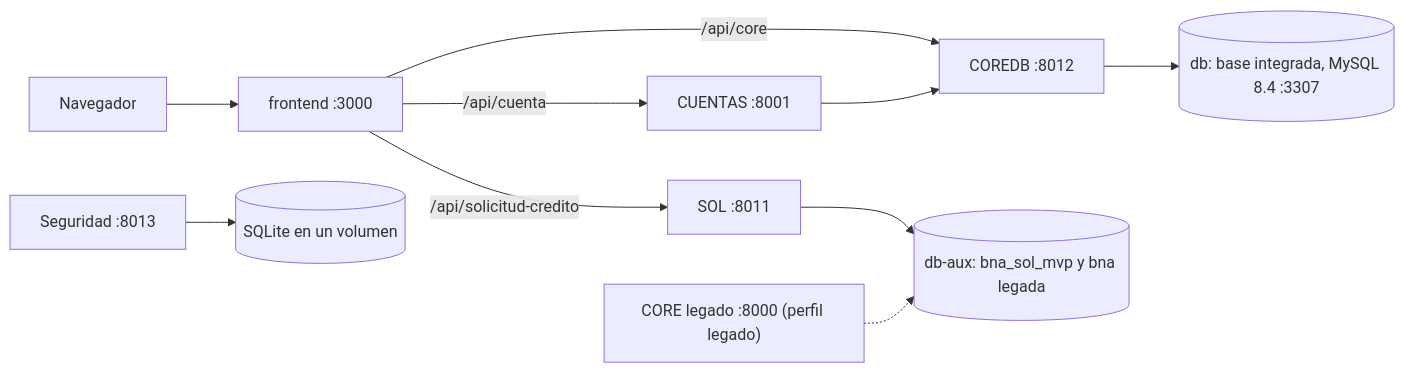
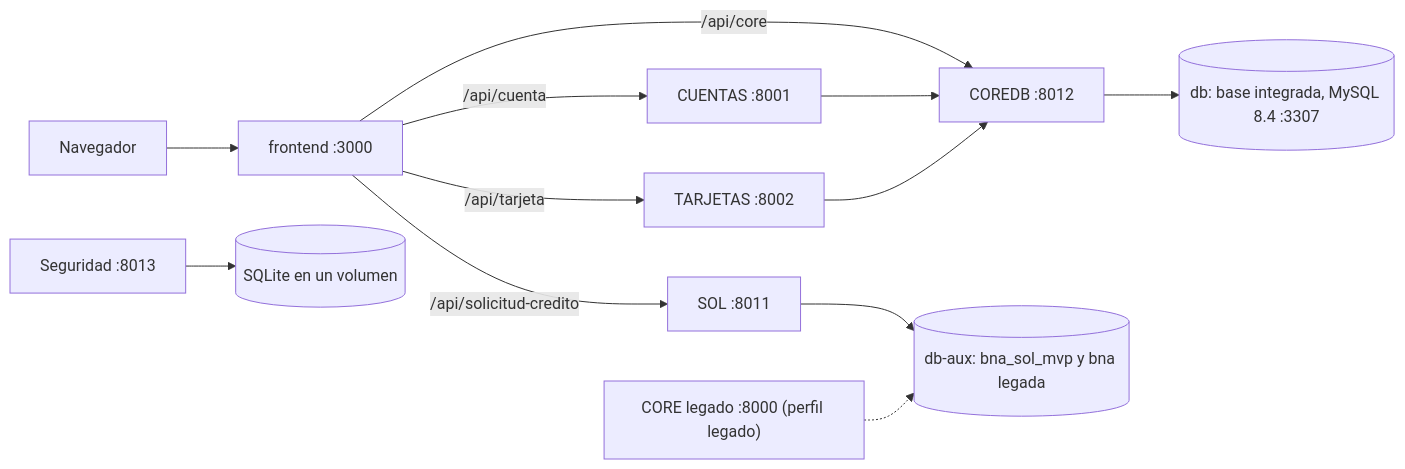
One commit to SantiagoCusirramos/Banco_Nacional_Arequipa changed the diagram in README.md. Above: the diagram before and after it, drawn with Mermaid. The commit also changed other lines of this file and 1 other file, not shown here.

First line of the commit message:
Document TARJETAS in the root and frontend READMEs

````diff
--- a/README.md
+++ b/README.md
@@ -41,12 +42,14 @@
 ```mermaid
 flowchart LR
   nav["Navegador"] --> fe["frontend :3000"]
   fe -->|"/api/core"| coredb["COREDB :8012"]
   fe -->|"/api/cuenta"| cta["CUENTAS :8001"]
+  fe -->|"/api/tarjeta"| tar["TARJETAS :8002"]
   fe -->|"/api/solicitud-credito"| sol["SOL :8011"]
   cta --> coredb
+  tar --> coredb
   coredb --> db[("db: base integrada, MySQL 8.4 :3307")]
   sol --> aux[("db-aux: bna_sol_mvp y bna legada")]
   seg["Seguridad :8013"] --> sq[("SQLite en un volumen")]
   leg["CORE legado :8000 (perfil legado)"] -.-> aux
 ```
````
